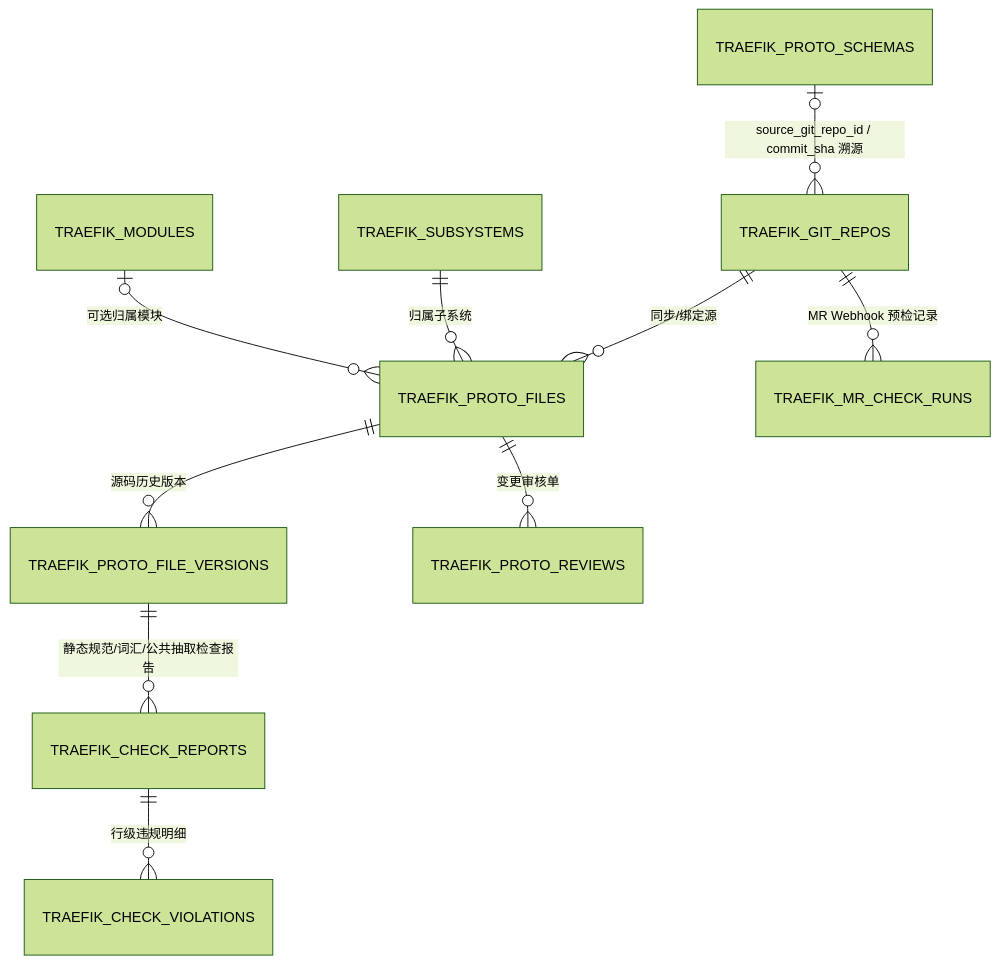
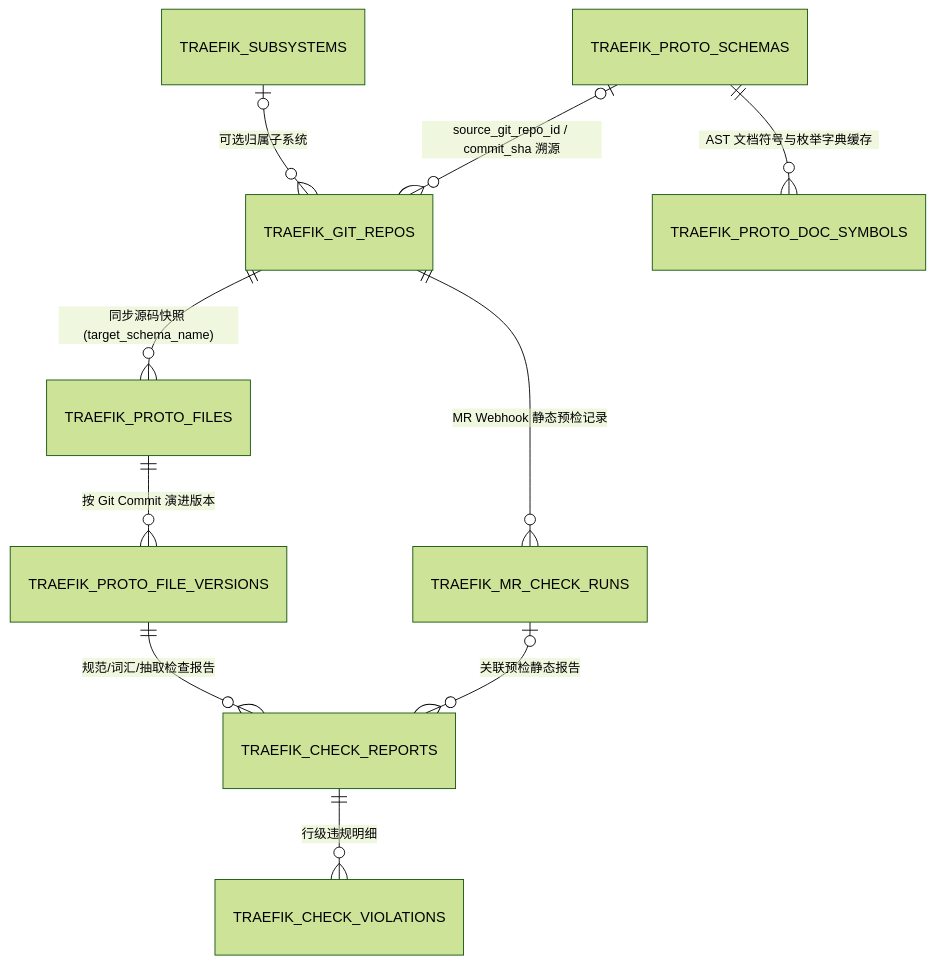
One commit to fugui/code-traefik changed the third of 3 diagrams in docs/05-adr/18-proto-full-lifecycle-and-git-mr-governance-adr.md. Above: the diagram before and after it, drawn with Mermaid (forest theme). The commit also changed other lines of this file and 2 other files, not shown here.

````diff
--- a/docs/05-adr/18-proto-full-lifecycle-and-git-mr-governance-adr.md
+++ b/docs/05-adr/18-proto-full-lifecycle-and-git-mr-governance-adr.md
@@ -80,12 +153,12 @@
 ```mermaid
 erDiagram
-    TRAEFIK_GIT_REPOS ||--o{ TRAEFIK_PROTO_FILES : "同步/绑定源"
-    TRAEFIK_GIT_REPOS ||--o{ TRAEFIK_MR_CHECK_RUNS : "MR Webhook 预检记录"
-    TRAEFIK_SUBSYSTEMS ||--o{ TRAEFIK_PROTO_FILES : "归属子系统"
-    TRAEFIK_MODULES |o--o{ TRAEFIK_PROTO_FILES : "可选归属模块"
-    TRAEFIK_PROTO_FILES ||--o{ TRAEFIK_PROTO_FILE_VERSIONS : "源码历史版本"
-    TRAEFIK_PROTO_FILES ||--o{ TRAEFIK_PROTO_REVIEWS : "变更审核单"
-    TRAEFIK_PROTO_FILE_VERSIONS ||--o{ TRAEFIK_CHECK_REPORTS : "静态规范/词汇/公共抽取检查报告"
+    TRAEFIK_GIT_REPOS ||--o{ TRAEFIK_PROTO_FILES : "同步源码快照 (target_schema_name)"
+    TRAEFIK_GIT_REPOS ||--o{ TRAEFIK_MR_CHECK_RUNS : "MR Webhook 静态预检记录"
+    TRAEFIK_SUBSYSTEMS |o--o{ TRAEFIK_GIT_REPOS : "可选归属子系统"
+    TRAEFIK_PROTO_FILES ||--o{ TRAEFIK_PROTO_FILE_VERSIONS : "按 Git Commit 演进版本"
+    TRAEFIK_PROTO_FILE_VERSIONS ||--o{ TRAEFIK_CHECK_REPORTS : "规范/词汇/抽取检查报告"
     TRAEFIK_CHECK_REPORTS ||--o{ TRAEFIK_CHECK_VIOLATIONS : "行级违规明细"
+    TRAEFIK_MR_CHECK_RUNS |o--o{ TRAEFIK_CHECK_REPORTS : "关联预检静态报告"
     TRAEFIK_PROTO_SCHEMAS |o--o{ TRAEFIK_GIT_REPOS : "source_git_repo_id / commit_sha 溯源"
+    TRAEFIK_PROTO_SCHEMAS ||--o{ TRAEFIK_PROTO_DOC_SYMBOLS : "AST 文档符号与枚举字典缓存"
 ```
````
